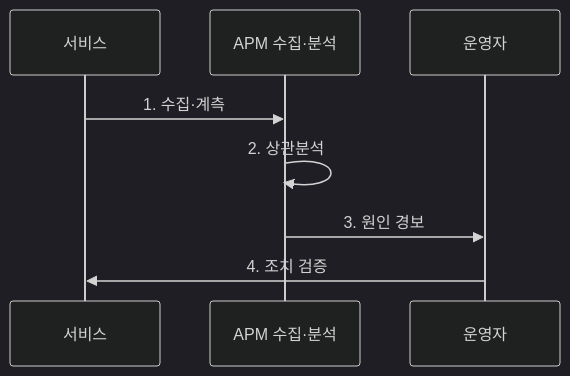
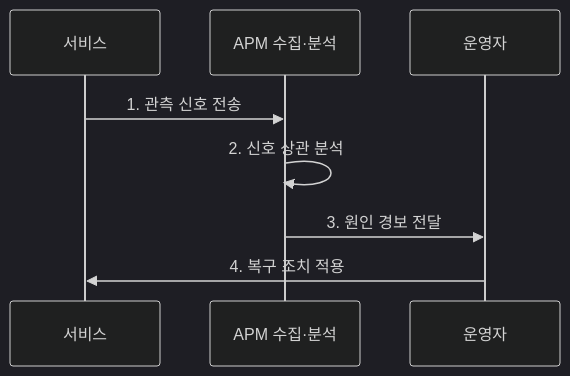
One commit to agnusdei1207/knowledge-base changed the second of 2 diagrams in src/content/docs/notes/03-software/223_application_performance_management.md. Above: the diagram before and after it, drawn with Mermaid (dark theme). The commit also changed other lines of this file and 9 other files, not shown here.

````diff
--- a/src/content/docs/notes/03-software/223_application_performance_management.md
+++ b/src/content/docs/notes/03-software/223_application_performance_management.md
@@ -84,12 +88,12 @@
 ```mermaid
 sequenceDiagram
     participant S as 서비스
     participant A as APM 수집·분석
     participant O as 운영자
-    S->>A: 1. 수집·계측
-    A->>A: 2. 상관분석
-    A->>O: 3. 원인 경보
-    O->>S: 4. 조치 검증
+    S->>A: 1. 관측 신호 전송
+    A->>A: 2. 신호 상관 분석
+    A->>O: 3. 원인 경보 전달
+    O->>S: 4. 복구 조치 적용
 
 
 ```
````
